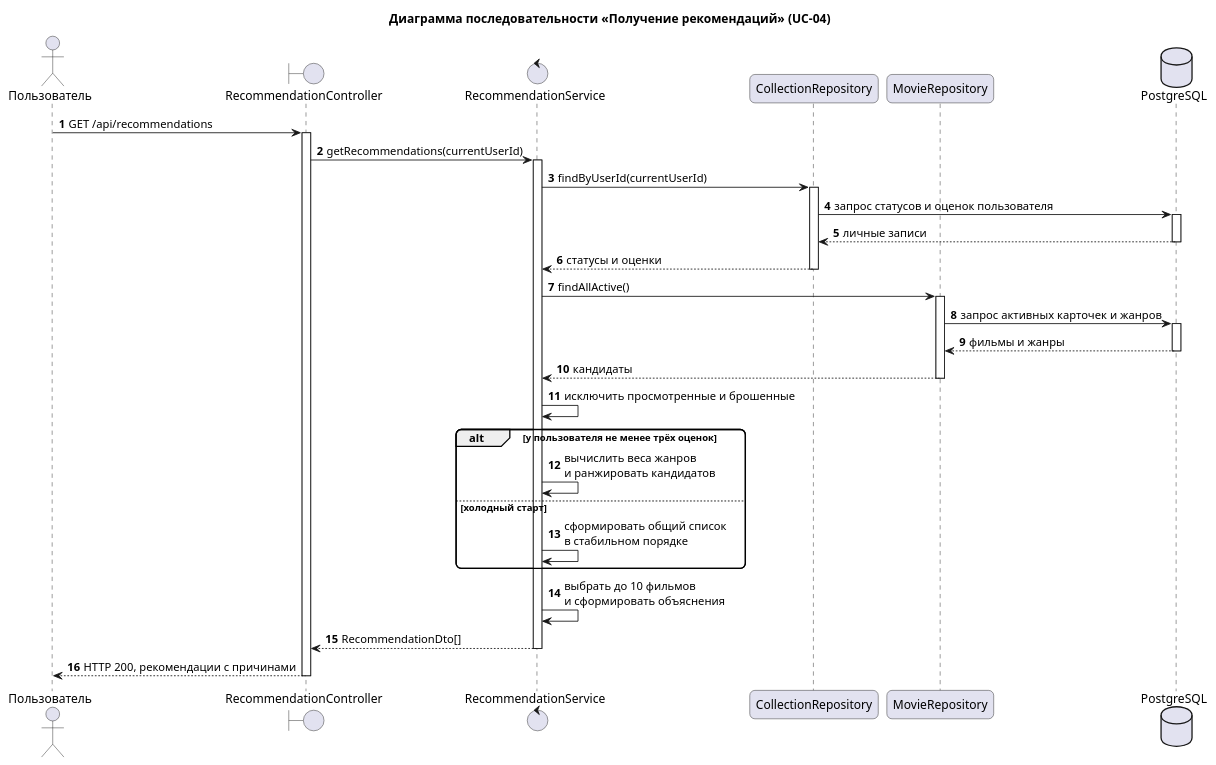
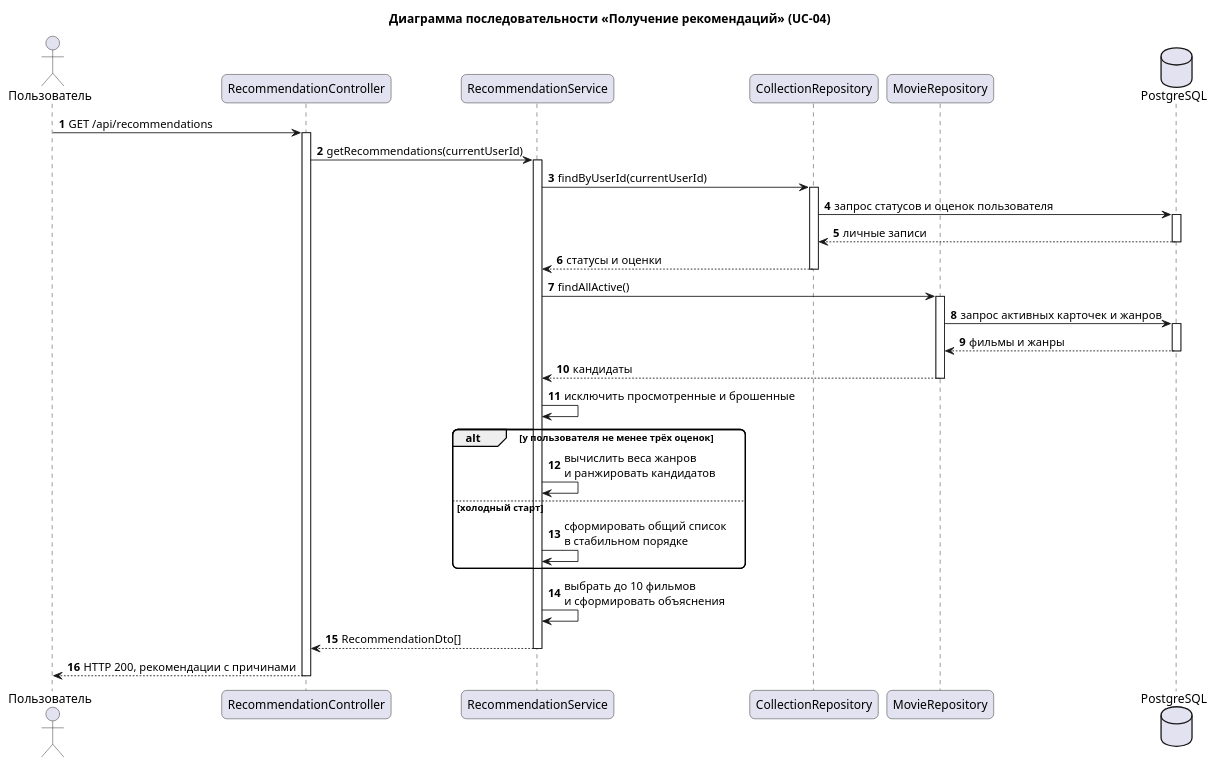
Before and after one commit to Anima-ui/SDLC: the diagram in uml/sequence.puml, drawn with PlantUML. The commit also changed 1 other file, not shown here.

Commit message:
Упростить обозначения на диаграмме последовательности

```diff
--- a/uml/sequence.puml
+++ b/uml/sequence.puml
@@ -1,51 +1,51 @@
 @startuml
 skinparam defaultFontName Arial
 skinparam shadowing false
 skinparam roundcorner 12
 autonumber
 title Диаграмма последовательности «Получение рекомендаций» (UC-04)
 
 actor Пользователь as User
-boundary "RecommendationController" as Controller
-control "RecommendationService" as Service
+participant "RecommendationController" as Controller
+participant "RecommendationService" as Service
 participant "CollectionRepository" as CollectionRepo
 participant "MovieRepository" as MovieRepo
 database "PostgreSQL" as DB
 
 User -> Controller : GET /api/recommendations
 activate Controller
 Controller -> Service : getRecommendations(currentUserId)
 activate Service
 
 Service -> CollectionRepo : findByUserId(currentUserId)
 activate CollectionRepo
 CollectionRepo -> DB : запрос статусов и оценок пользователя
 activate DB
 DB --> CollectionRepo : личные записи
 deactivate DB
 CollectionRepo --> Service : статусы и оценки
 deactivate CollectionRepo
 
 Service -> MovieRepo : findAllActive()
 activate MovieRepo
 MovieRepo -> DB : запрос активных карточек и жанров
 activate DB
 DB --> MovieRepo : фильмы и жанры
 deactivate DB
 MovieRepo --> Service : кандидаты
 deactivate MovieRepo
 
 Service -> Service : исключить просмотренные и брошенные
 
 alt у пользователя не менее трёх оценок
   Service -> Service : вычислить веса жанров\nи ранжировать кандидатов
 else холодный старт
   Service -> Service : сформировать общий список\nв стабильном порядке
 end
 
 Service -> Service : выбрать до 10 фильмов\nи сформировать объяснения
 Service --> Controller : RecommendationDto[]
 deactivate Service
 Controller --> User : HTTP 200, рекомендации с причинами
 deactivate Controller
 @enduml
```
